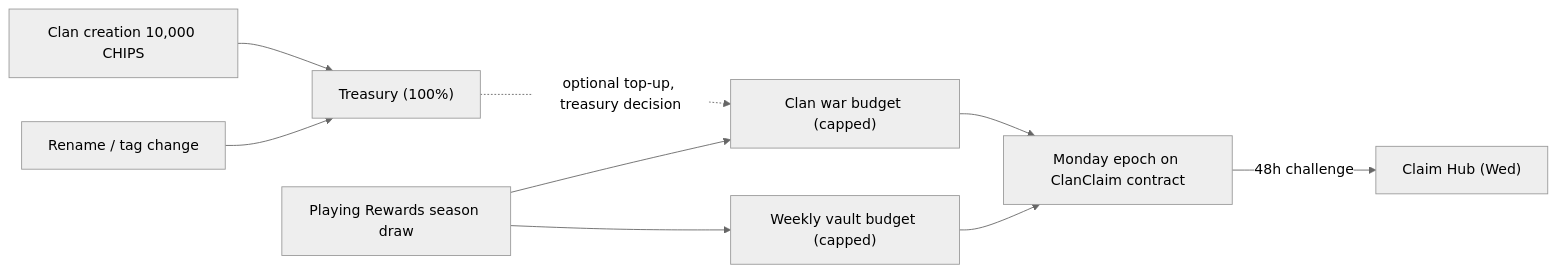
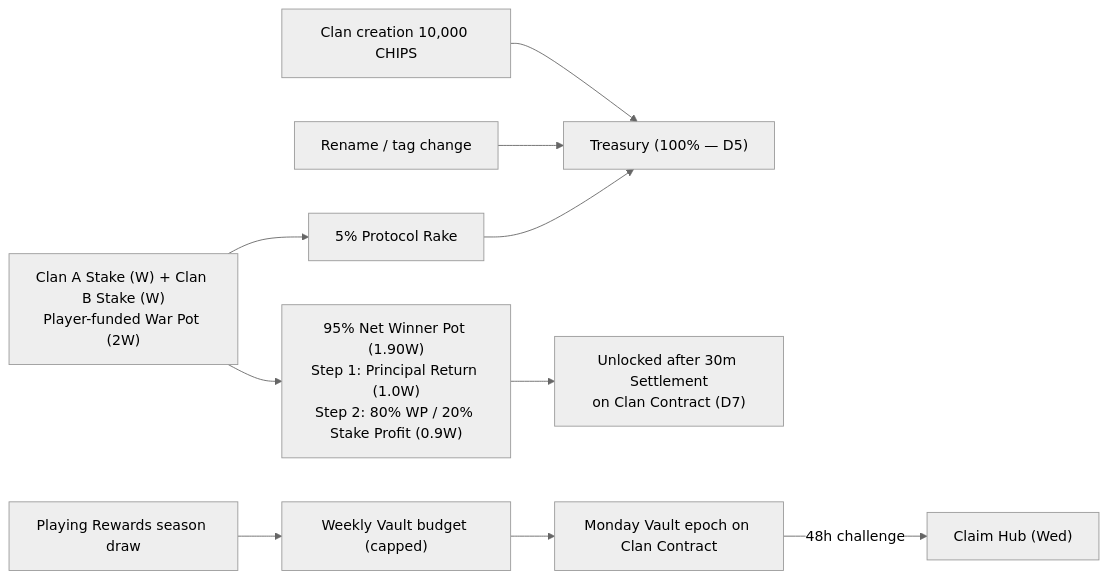
Before and after one commit to mrongSubho/ludo-base: the fifth of 6 diagrams in docs/planning/CLAN_SYSTEM_PLAN.md, drawn with Mermaid (neutral theme). The commit also changed other lines of this file, not shown here.

Commit message:
docs(planning): stake-backed Clan War lifecycle — Call-to-Arms buy-in, War Board stake adjustment, 48h prep, 48h war, settlement

````diff
--- a/docs/planning/CLAN_SYSTEM_PLAN.md
+++ b/docs/planning/CLAN_SYSTEM_PLAN.md
@@ -458,11 +590,12 @@
 ```mermaid
 flowchart LR
-    Create["Clan creation 10,000 CHIPS"] --> Treasury["Treasury (100%)"]
+    Create["Clan creation 10,000 CHIPS"] --> Treasury["Treasury (100% — D5)"]
     Rename["Rename / tag change"] --> Treasury
-    Play["Playing Rewards season draw"] --> WarBudget["Clan war budget (capped)"]
-    Play --> VaultBudget["Weekly vault budget (capped)"]
-    Treasury -.->|"optional top-up, treasury decision"| WarBudget
-    WarBudget --> Epoch["Monday epoch on ClanClaim contract"]
-    VaultBudget --> Epoch
+    WarStakes["Clan A Stake (W) + Clan B Stake (W)\nPlayer-funded War Pot (2W)"] --> WarRake["5% Protocol Rake"]
+    WarRake --> Treasury
+    WarStakes --> WarWinner["95% Net Winner Pot (1.90W)\nStep 1: Principal Return (1.0W)\nStep 2: 80% WP / 20% Stake Profit (0.9W)"]
+    WarWinner --> WarClaim["Unlocked after 30m Settlement\non Clan Contract (D7)"]
+    Play["Playing Rewards season draw"] --> VaultBudget["Weekly Vault budget (capped)"]
+    VaultBudget --> Epoch["Monday Vault epoch on Clan Contract"]
     Epoch -->|"48h challenge"| Claim["Claim Hub (Wed)"]
 ```
````
